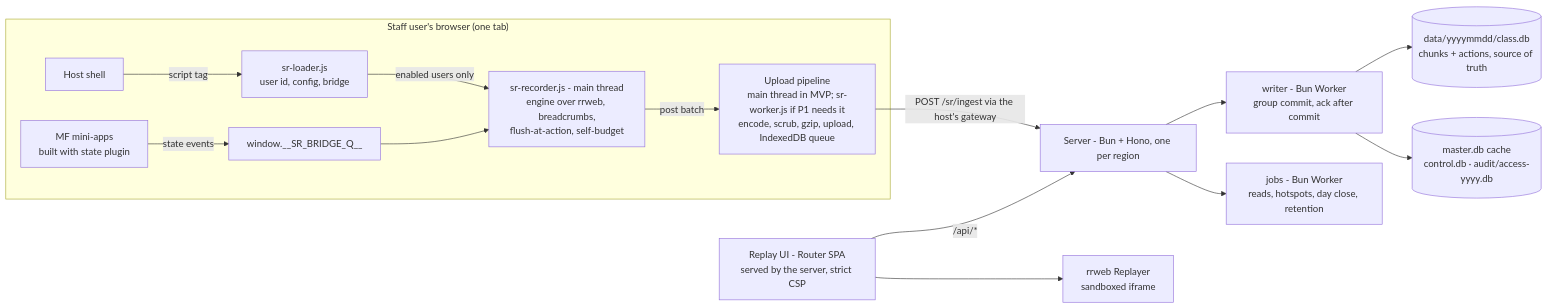
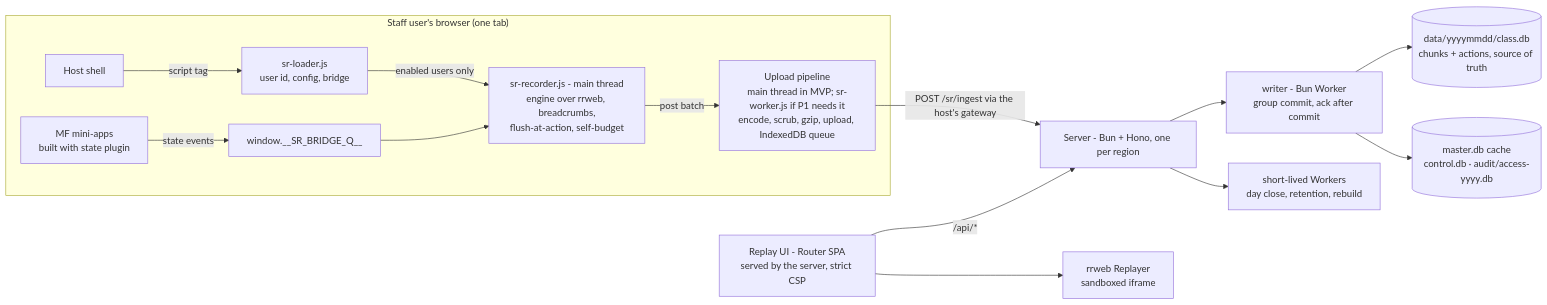
The first of 2 diagrams in plan/01-session-replay.md (akhilshastri/session-replay), drawn with Mermaid before and after one commit. The commit also changed other lines of this file and 9 other files, not shown here.

Commit message:
0008: architect + devil review merged - gate-only rate caps, stored-gzip chunks, raw client time, write key, two ports, ConfigMap admin, dependency scheduling; sub-plans revised

````diff
--- a/plan/01-session-replay.md
+++ b/plan/01-session-replay.md
@@ -93,17 +93,17 @@
 ```mermaid
 flowchart LR
   subgraph Browser["Staff user's browser (one tab)"]
     Host[Host shell] -->|script tag| L[sr-loader.js<br/>user id, config, bridge]
     L -->|enabled users only| Rec[sr-recorder.js - main thread<br/>engine over rrweb, breadcrumbs,<br/>flush-at-action, self-budget]
     Apps[MF mini-apps<br/>built with state plugin] -->|state events| Q[window.__SR_BRIDGE_Q__]
     Q --> Rec
     Rec -->|post batch| W[Upload pipeline<br/>main thread in MVP; sr-worker.js if P1 needs it<br/>encode, scrub, gzip, upload, IndexedDB queue]
   end
   W -->|POST /sr/ingest via the host's gateway| S[Server - Bun + Hono, one per region]
   S --> DBW[writer - Bun Worker<br/>group commit, ack after commit]
-  S --> JOB[jobs - Bun Worker<br/>reads, hotspots, day close, retention]
+  S --> JOB[short-lived Workers<br/>day close, retention, rebuild]
   DBW --> Day[(data/yyyymmdd/class.db<br/>chunks + actions, source of truth)]
   DBW --> M[(master.db cache<br/>control.db · audit/access-yyyy.db)]
   UI[Replay UI - Router SPA<br/>served by the server, strict CSP] -->|/api/*| S
   UI --> P[rrweb Replayer<br/>sandboxed iframe]
 ```
````
